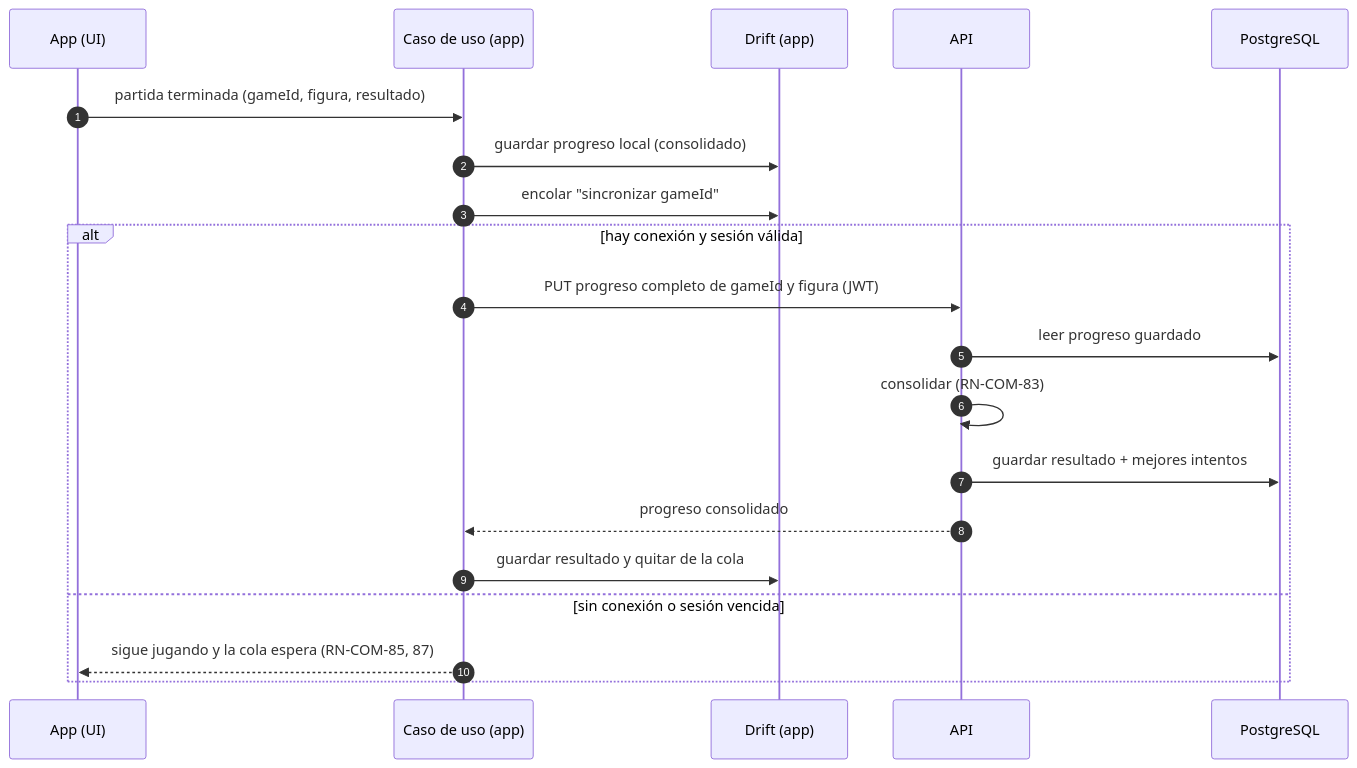
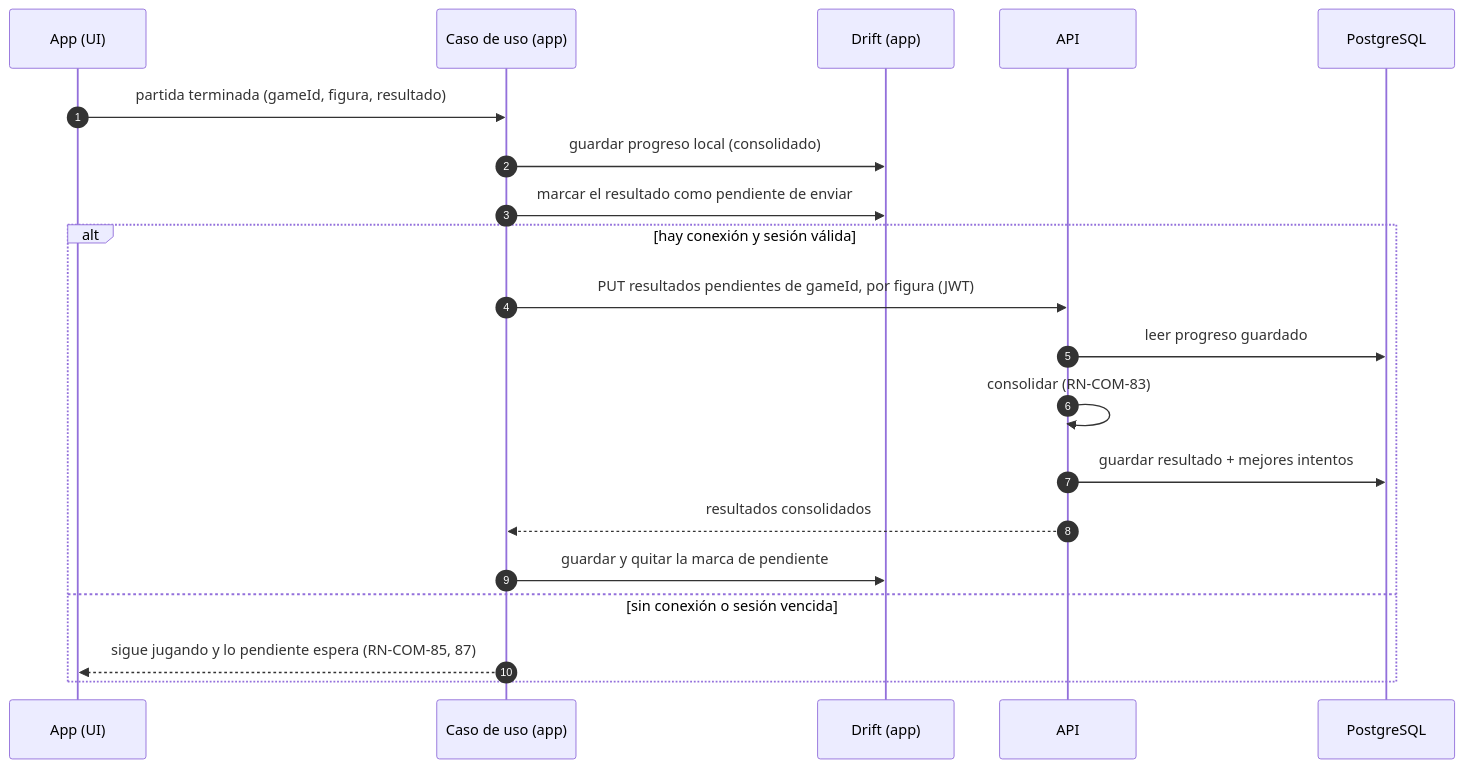
The third of 5 diagrams in docs/architecture/ARQ-00-SISTEMA.md (DanielHaro28/hexablock-api), drawn with Mermaid before and after one commit. The commit also changed other lines of this file and 37 other files, not shown here.

First line of the commit message:
docs(contracts): add openapi contract, json schemas and data models (#5)

````diff
--- a/docs/architecture/ARQ-00-SISTEMA.md
+++ b/docs/architecture/ARQ-00-SISTEMA.md
@@ -92,22 +92,22 @@
 ```mermaid
 sequenceDiagram
     autonumber
     participant UI as App (UI)
     participant UC as Caso de uso (app)
     participant L as Drift (app)
     participant API as API
     participant DB as PostgreSQL
     UI->>UC: partida terminada (gameId, figura, resultado)
     UC->>L: guardar progreso local (consolidado)
-    UC->>L: encolar "sincronizar gameId"
+    UC->>L: marcar el resultado como pendiente de enviar
     alt hay conexión y sesión válida
-        UC->>API: PUT progreso completo de gameId y figura (JWT)
+        UC->>API: PUT resultados pendientes de gameId, por figura (JWT)
         API->>DB: leer progreso guardado
         API->>API: consolidar (RN-COM-83)
         API->>DB: guardar resultado + mejores intentos
-        API-->>UC: progreso consolidado
-        UC->>L: guardar resultado y quitar de la cola
+        API-->>UC: resultados consolidados
+        UC->>L: guardar y quitar la marca de pendiente
     else sin conexión o sesión vencida
-        UC-->>UI: sigue jugando y la cola espera (RN-COM-85, 87)
+        UC-->>UI: sigue jugando y lo pendiente espera (RN-COM-85, 87)
     end
 ```
````
